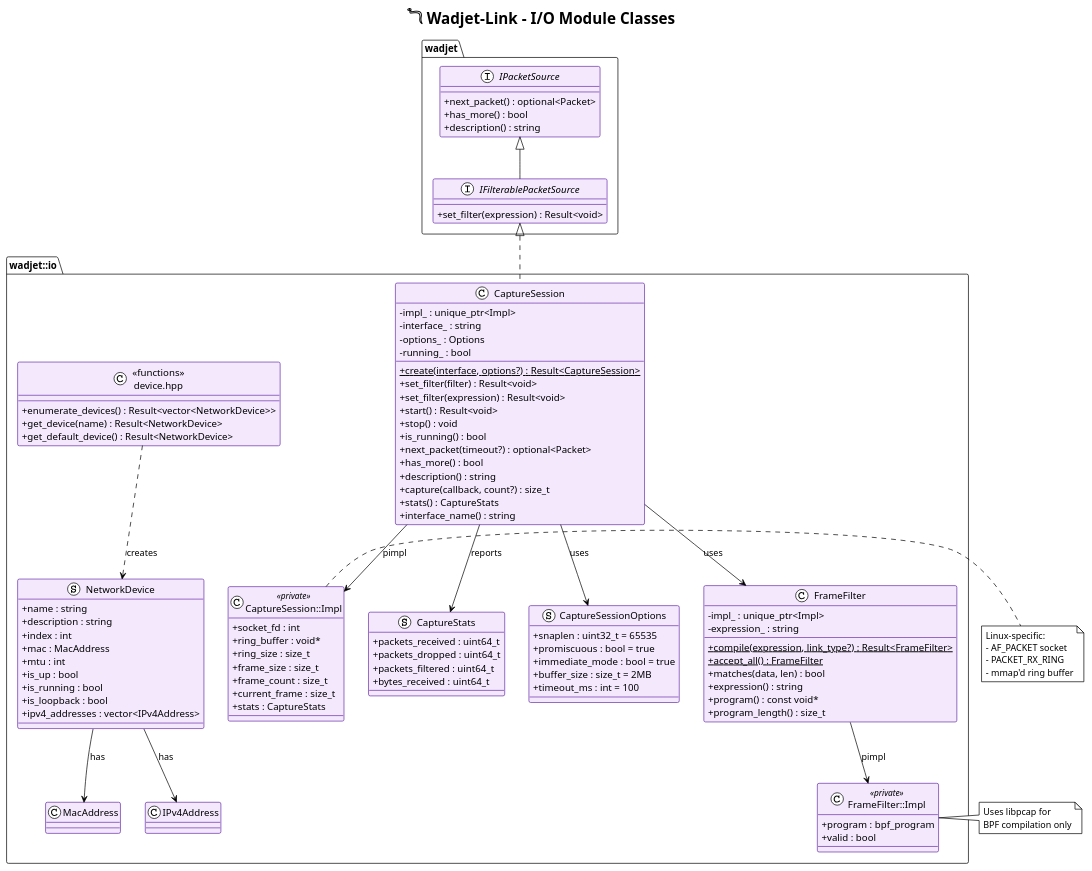
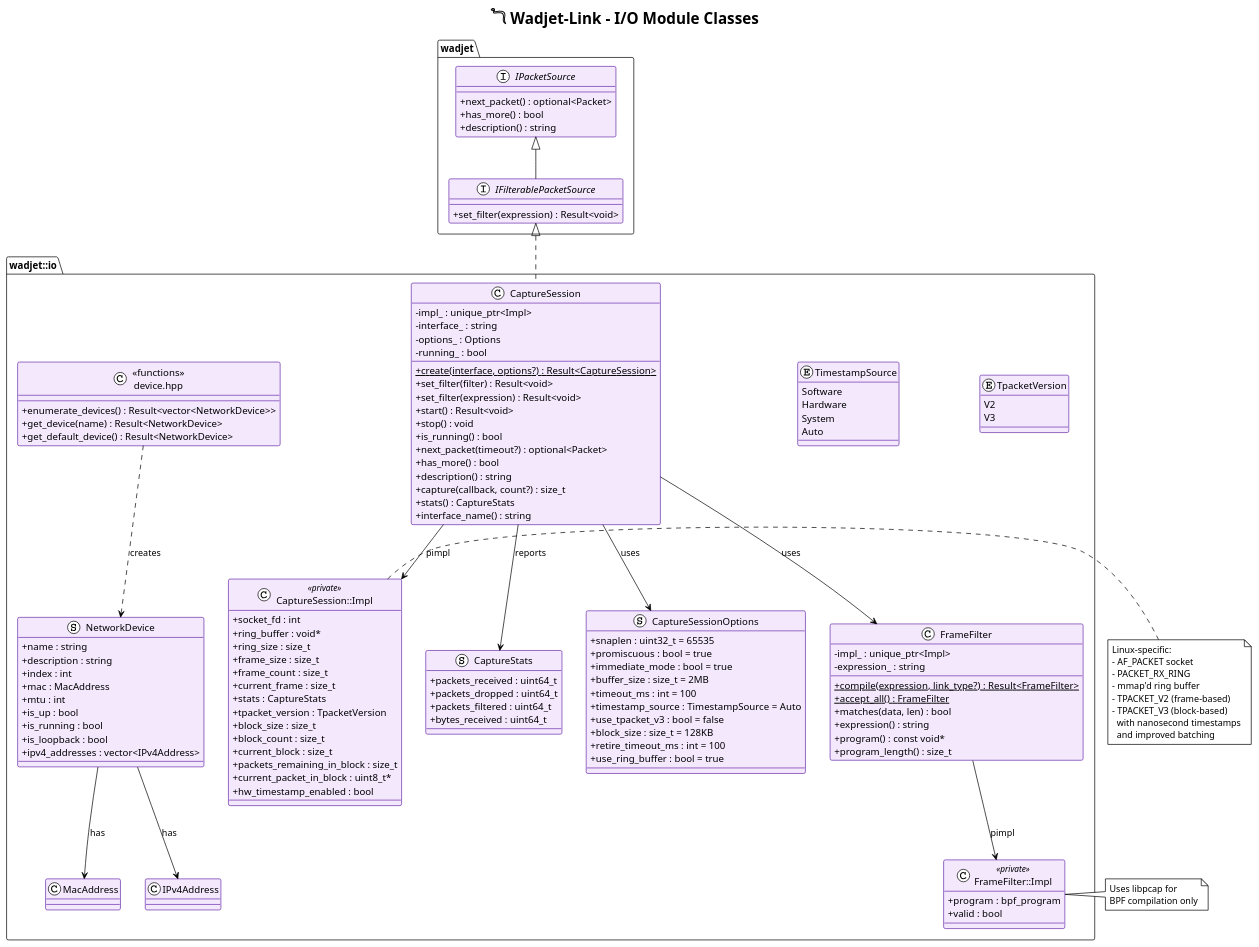
The diagram in architecture/modules/io_classes.puml (mm0rsy/Wadjet-Link), drawn with PlantUML before and after one commit.

Commit message:
docs(arch): Update io_classes.puml with TPACKET_V3 support
- Add TpacketVersion enum (V2, V3)
- Add TimestampSource enum for hardware timestamp support
- Extend CaptureSessionOptions with V3 options (use_tpacket_v3, block_size, retire_timeout_ms, use_ring_buffer)
- Extend CaptureSession::Impl with V3-specific fields (block_size, block_count, current_block, packets_remaining_in_block, current_packet_in_block)
- Update implementation note to describe both TPACKET_V2 and V3 modes

```diff
--- a/architecture/modules/io_classes.puml
+++ b/architecture/modules/io_classes.puml
@@ -1,136 +1,164 @@
 @startuml io_classes
 !theme plain
 title 𓆓 Wadjet-Link - I/O Module Classes
 
 skinparam backgroundColor white
 skinparam classAttributeIconSize 0
 skinparam class {
     BackgroundColor #F4E8FD
     BorderColor #6A2EAB
 }
 
 namespace wadjet {
     interface IPacketSource {
         + next_packet() : optional<Packet>
         + has_more() : bool
         + description() : string
     }
 
     interface IFilterablePacketSource {
         + set_filter(expression) : Result<void>
     }
 
     IPacketSource <|-- IFilterablePacketSource
 }
 
 namespace wadjet::io {
 
     struct NetworkDevice {
         + name : string
         + description : string
         + index : int
         + mac : MacAddress
         + mtu : int
         + is_up : bool
         + is_running : bool
         + is_loopback : bool
         + ipv4_addresses : vector<IPv4Address>
     }
 
     struct CaptureStats {
         + packets_received : uint64_t
         + packets_dropped : uint64_t
         + packets_filtered : uint64_t
         + bytes_received : uint64_t
     }
 
     struct CaptureSessionOptions {
         + snaplen : uint32_t = 65535
         + promiscuous : bool = true
         + immediate_mode : bool = true
         + buffer_size : size_t = 2MB
         + timeout_ms : int = 100
+        + timestamp_source : TimestampSource = Auto
+        + use_tpacket_v3 : bool = false
+        + block_size : size_t = 128KB
+        + retire_timeout_ms : int = 100
+        + use_ring_buffer : bool = true
+    }
+
+    enum TpacketVersion {
+        V2
+        V3
+    }
+
+    enum TimestampSource {
+        Software
+        Hardware
+        System
+        Auto
     }
 
     class FrameFilter {
         - impl_ : unique_ptr<Impl>
         - expression_ : string
         --
         + {static} compile(expression, link_type?) : Result<FrameFilter>
         + {static} accept_all() : FrameFilter
         + matches(data, len) : bool
         + expression() : string
         + program() : const void*
         + program_length() : size_t
     }
 
     class "FrameFilter::Impl" as FrameFilterImpl <<private>> {
         + program : bpf_program
         + valid : bool
     }
 
     class CaptureSession {
         - impl_ : unique_ptr<Impl>
         - interface_ : string
         - options_ : Options
         - running_ : bool
         --
         + {static} create(interface, options?) : Result<CaptureSession>
         + set_filter(filter) : Result<void>
         + set_filter(expression) : Result<void>
         + start() : Result<void>
         + stop() : void
         + is_running() : bool
         + next_packet(timeout?) : optional<Packet>
         + has_more() : bool
         + description() : string
         + capture(callback, count?) : size_t
         + stats() : CaptureStats
         + interface_name() : string
     }
 
     class "CaptureSession::Impl" as CaptureSessionImpl <<private>> {
         + socket_fd : int
         + ring_buffer : void*
         + ring_size : size_t
         + frame_size : size_t
         + frame_count : size_t
         + current_frame : size_t
         + stats : CaptureStats
+        + tpacket_version : TpacketVersion
+        + block_size : size_t
+        + block_count : size_t
+        + current_block : size_t
+        + packets_remaining_in_block : size_t
+        + current_packet_in_block : uint8_t*
+        + hw_timestamp_enabled : bool
     }
 
     ' Device functions (free functions)
     class "<<functions>>\ndevice.hpp" as DeviceFunctions {
         + enumerate_devices() : Result<vector<NetworkDevice>>
         + get_device(name) : Result<NetworkDevice>
         + get_default_device() : Result<NetworkDevice>
     }
 
     wadjet.IFilterablePacketSource <|.. CaptureSession
 
     CaptureSession --> CaptureSessionOptions : uses
     CaptureSession --> CaptureSessionImpl : pimpl
     CaptureSession --> CaptureStats : reports
     CaptureSession --> FrameFilter : uses
 
     FrameFilter --> FrameFilterImpl : pimpl
 
     DeviceFunctions ..> NetworkDevice : creates
 
     NetworkDevice --> MacAddress : has
     NetworkDevice --> IPv4Address : has
 }
 
 note right of CaptureSessionImpl
   Linux-specific:
   - AF_PACKET socket
   - PACKET_RX_RING
   - mmap'd ring buffer
+  - TPACKET_V2 (frame-based)
+  - TPACKET_V3 (block-based)
+    with nanosecond timestamps
+    and improved batching
 end note
 
 note right of FrameFilterImpl
   Uses libpcap for
   BPF compilation only
 end note
 
 @enduml
```
